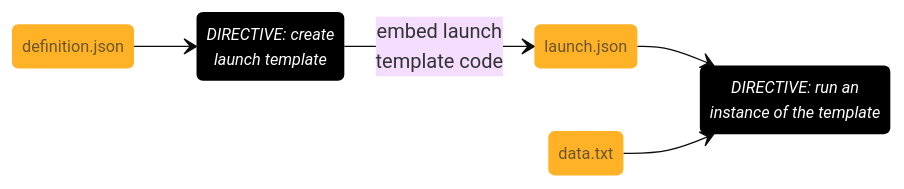
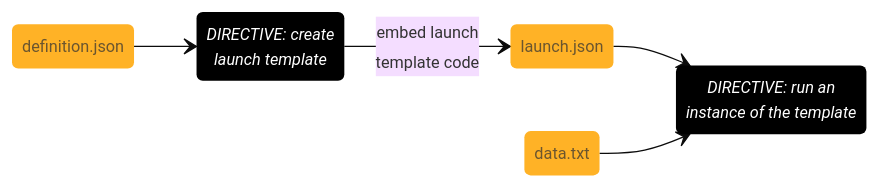
The diagram in src/instances/0002/README.md (membranes/iac), drawn with Mermaid (base theme) before and after one commit. The commit also changed other lines of this file, not shown here.

````diff
--- a/src/instances/0002/README.md
+++ b/src/instances/0002/README.md
@@ -7,18 +7,18 @@
 ```mermaid
 stateDiagram-v2
     direction LR
     
     id01: definition.json
     id02: DIRECTIVE#58; create<br>launch template
     id03: launch.json
     id04: data.txt
     id05: DIRECTIVE#58; run an<br>instance of the template
     
     id01:::feeds --> id02
-    id02:::steps --> id03 : embed launch<br>template code
+    id02:::steps --> id03 : <span style='font-size#58;small'>embed launch<br>template code</span>
     id03:::feeds --> id05:::steps
     id04:::feeds --> id05
 
     classDef feeds fill:orange,stroke-width:0,font-size:small,opacity:0.85;
     classDef steps fill:#000000,color:white,font-style:italic,stroke-width:0,font-size:small,opacity:1;
 ```
````
